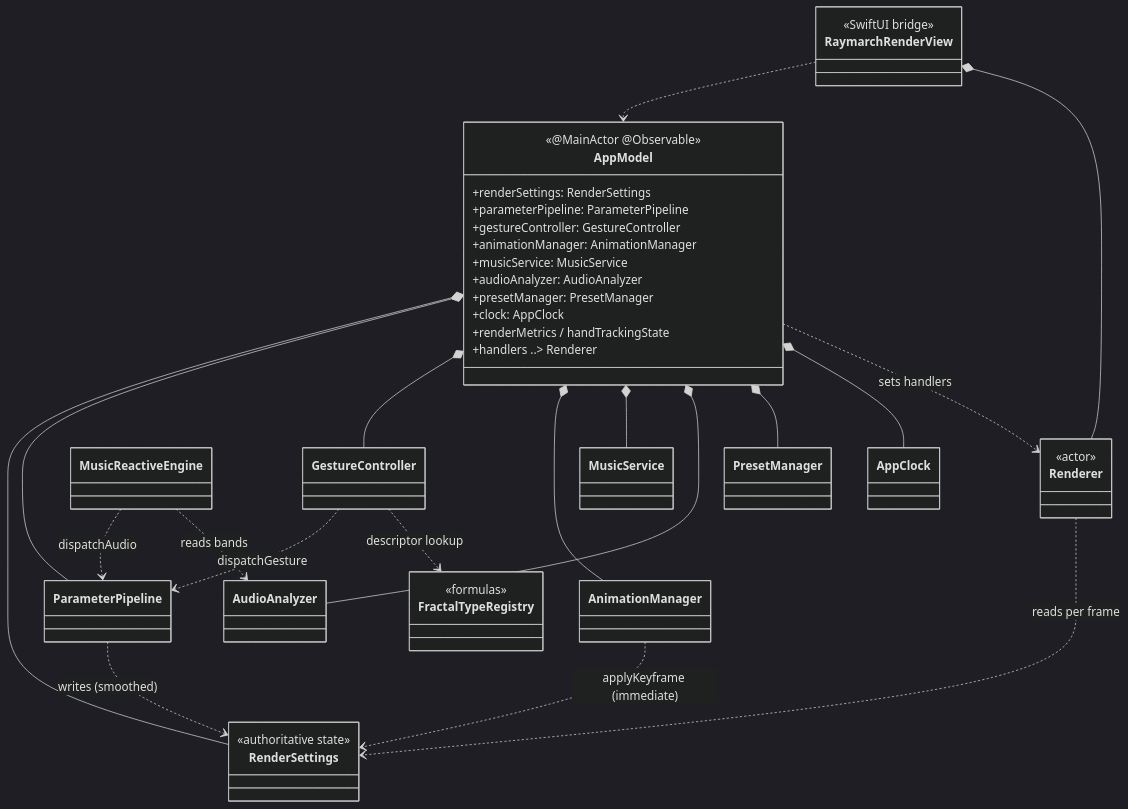
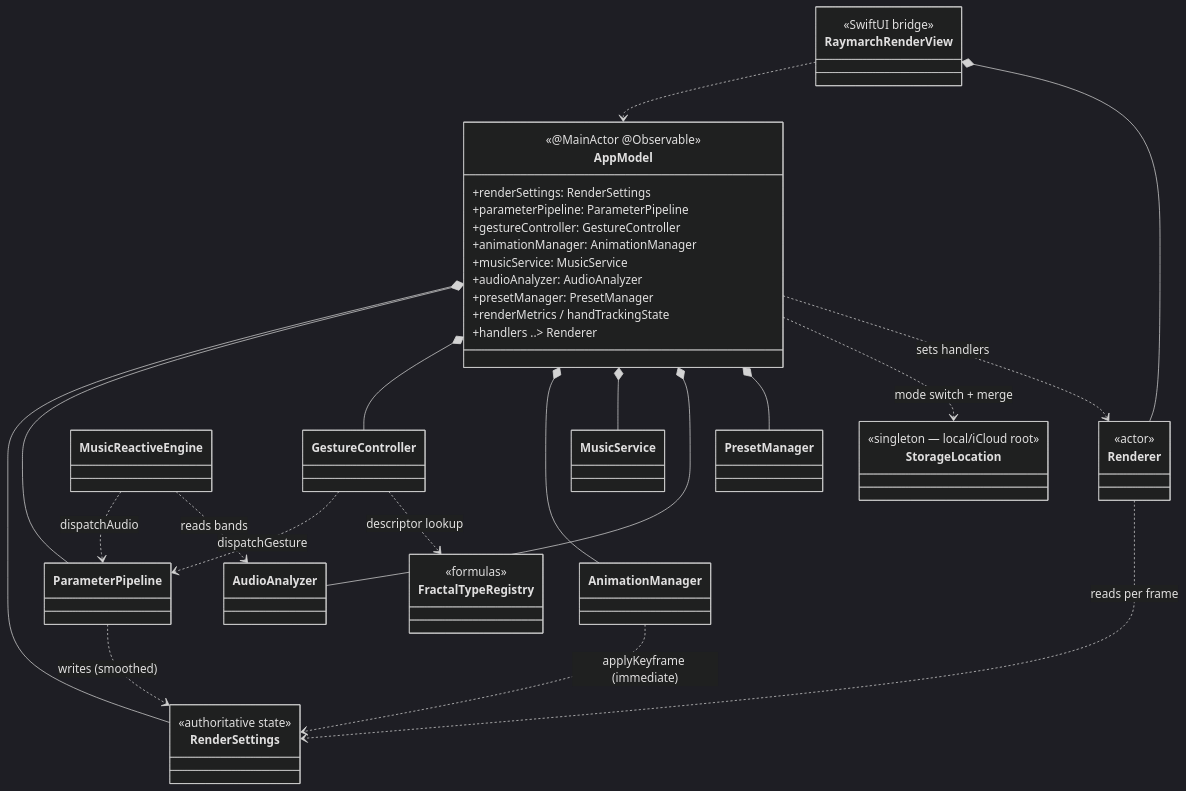
The first of 9 diagrams in Context/ARCHITECTURE_UML.md (Halopend/MetalRaymarch-main), drawn with Mermaid (dark theme) before and after one commit. The commit also changed other lines of this file and 16 other files, not shown here.

````diff
--- a/Context/ARCHITECTURE_UML.md
+++ b/Context/ARCHITECTURE_UML.md
@@ -25,52 +25,51 @@
 ```mermaid
 classDiagram
     direction TB
 
     class AppModel {
         <<@MainActor @Observable>>
         +renderSettings: RenderSettings
         +parameterPipeline: ParameterPipeline
         +gestureController: GestureController
         +animationManager: AnimationManager
         +musicService: MusicService
         +audioAnalyzer: AudioAnalyzer
         +presetManager: PresetManager
-        +clock: AppClock
         +renderMetrics / handTrackingState
         +handlers ..> Renderer
     }
 
     class Renderer { <<actor>> }
     class RaymarchRenderView { <<SwiftUI bridge>> }
     class ParameterPipeline
     class RenderSettings { <<authoritative state>> }
     class GestureController
     class AnimationManager
     class MusicReactiveEngine
     class AudioAnalyzer
     class MusicService
     class PresetManager
-    class AppClock
+    class StorageLocation { <<singleton — local/iCloud root>> }
     class FractalTypeRegistry { <<formulas>> }
 
     AppModel *-- RenderSettings
     AppModel *-- ParameterPipeline
     AppModel *-- GestureController
     AppModel *-- AnimationManager
     AppModel *-- MusicService
     AppModel *-- AudioAnalyzer
     AppModel *-- PresetManager
-    AppModel *-- AppClock
+    AppModel ..> StorageLocation : mode switch + merge
     AppModel ..> Renderer : sets handlers
 
     RaymarchRenderView ..> AppModel
     RaymarchRenderView *-- Renderer
 
     GestureController ..> ParameterPipeline : dispatchGesture
     MusicReactiveEngine ..> ParameterPipeline : dispatchAudio
     MusicReactiveEngine ..> AudioAnalyzer : reads bands
     AnimationManager ..> RenderSettings : applyKeyframe (immediate)
     ParameterPipeline ..> RenderSettings : writes (smoothed)
     Renderer ..> RenderSettings : reads per frame
     GestureController ..> FractalTypeRegistry : descriptor lookup
 ```
````
